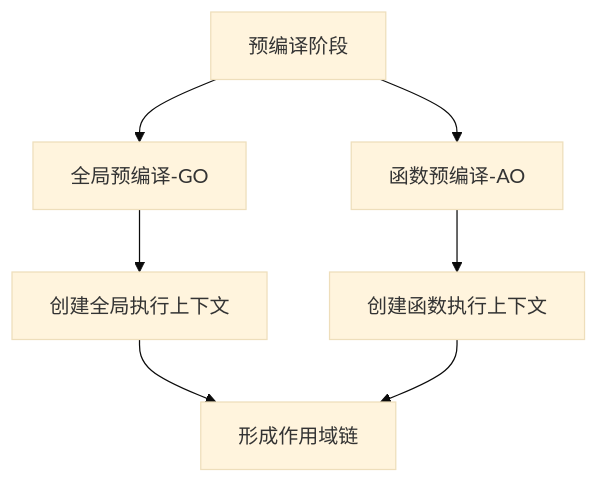
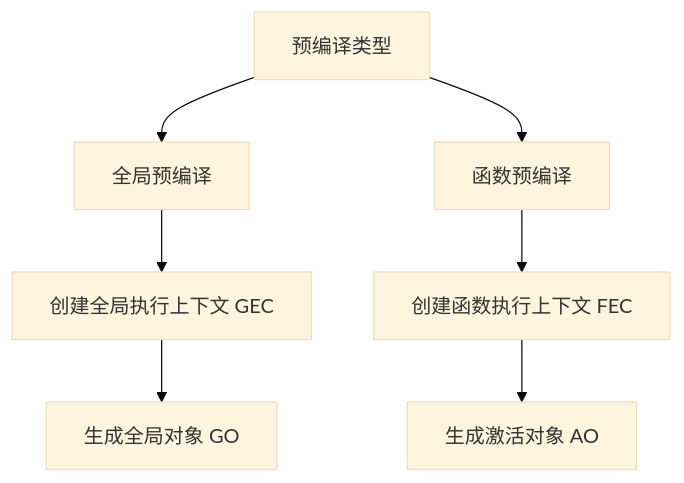
Before and after one commit to xinfei-fun/YouZi_Stack: the second of 4 diagrams in src/blog/basic/JavaScript执行机制解析.md, drawn with Mermaid (base theme). The commit also changed other lines of this file, not shown here.

````diff
--- a/src/blog/basic/JavaScript执行机制解析.md
+++ b/src/blog/basic/JavaScript执行机制解析.md
@@ -117,9 +119,9 @@
 ```mermaid
 graph TD
-    A[预编译阶段] --> B[全局预编译-GO]
-    A --> C[函数预编译-AO]
-    B --> D[创建全局执行上下文]
-    C --> E[创建函数执行上下文]
-    D --> F[形成作用域链]
-    E --> F[形成作用域链]
+A[预编译类型] --> B[全局预编译]
+A --> C[函数预编译]
+B --> D[创建全局执行上下文 GEC]
+C --> E[创建函数执行上下文 FEC]
+D --> F[生成全局对象 GO]
+E --> G[生成激活对象 AO]
 ```
````
